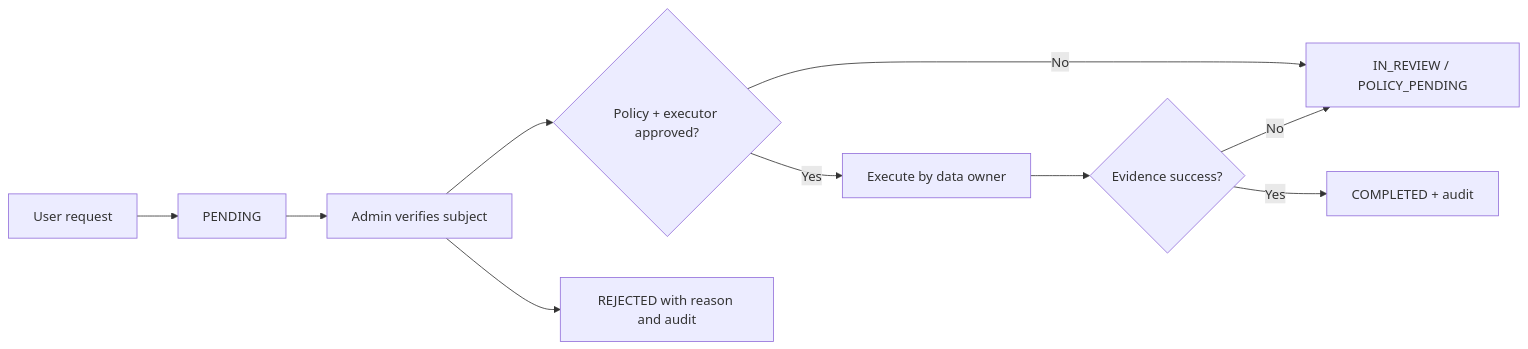
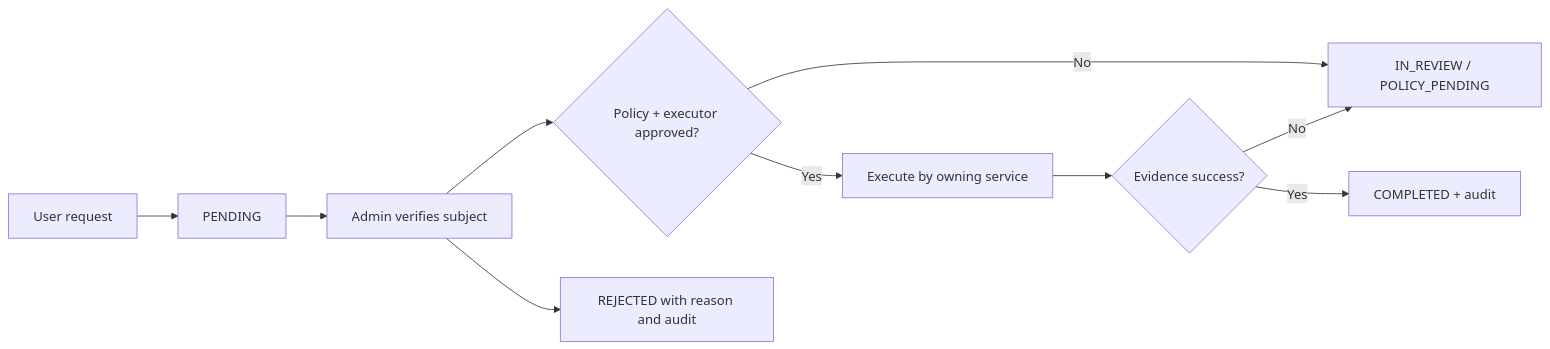
Before and after one commit to quantd0106/DATN: the diagram in docs/architect/lumi-design/14_Security_Privacy.md, drawn with Mermaid. The commit also changed other lines of this file and 107 other files, not shown here.

````diff
--- a/docs/architect/lumi-design/14_Security_Privacy.md
+++ b/docs/architect/lumi-design/14_Security_Privacy.md
@@ -71,12 +71,12 @@
 ```mermaid
 flowchart LR
   U[User request] --> R[PENDING]
   R --> V[Admin verifies subject]
   V --> P{Policy + executor approved?}
   P -->|No| D[IN_REVIEW / POLICY_PENDING]
-  P -->|Yes| E[Execute by data owner]
+  P -->|Yes| E[Execute by owning service]
   E --> A{Evidence success?}
   A -->|Yes| C[COMPLETED + audit]
   A -->|No| D
   V --> X[REJECTED with reason and audit]
 ```
````
